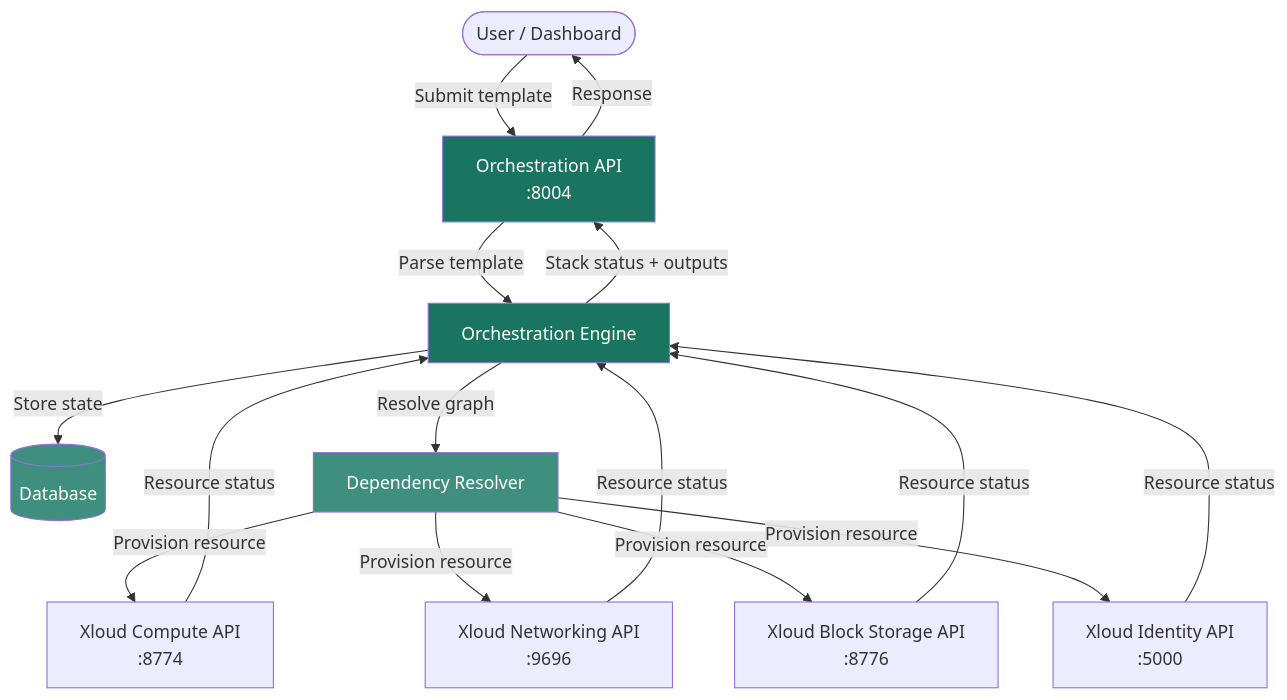
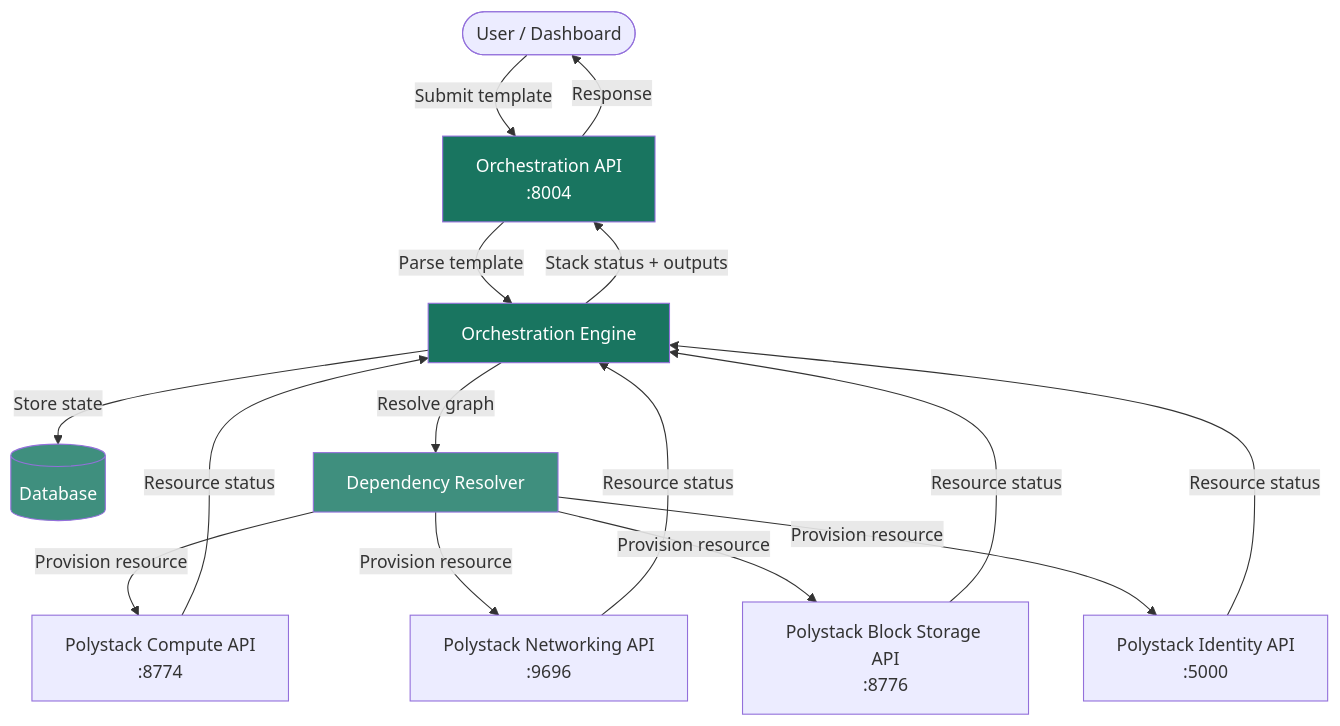
Before and after one commit to ankur-kumar87/docs-polystack: the first of 2 diagrams in services/orchestration/architecture.mdx, drawn with Mermaid. The commit also changed other lines of this file and 425 other files, not shown here.

````diff
--- a/services/orchestration/architecture.mdx
+++ b/services/orchestration/architecture.mdx
@@ -23,18 +23,18 @@
 ```mermaid
 graph TD
     U([User / Dashboard]) -->|Submit template| API[Orchestration API<br/>:8004]
     API -->|Parse template| ENG[Orchestration Engine]
     ENG -->|Store state| DB[(Database)]
     ENG -->|Resolve graph| GRAPH[Dependency Resolver]
-    GRAPH -->|Provision resource| COMPUTE[Xloud Compute API<br/>:8774]
-    GRAPH -->|Provision resource| NET[Xloud Networking API<br/>:9696]
-    GRAPH -->|Provision resource| STORE[Xloud Block Storage API<br/>:8776]
-    GRAPH -->|Provision resource| ID[Xloud Identity API<br/>:5000]
+    GRAPH -->|Provision resource| COMPUTE[Polystack Compute API<br/>:8774]
+    GRAPH -->|Provision resource| NET[Polystack Networking API<br/>:9696]
+    GRAPH -->|Provision resource| STORE[Polystack Block Storage API<br/>:8776]
+    GRAPH -->|Provision resource| ID[Polystack Identity API<br/>:5000]
     COMPUTE & NET & STORE & ID -->|Resource status| ENG
     ENG -->|Stack status + outputs| API
     API -->|Response| U
     style API fill:#197560,color:#fff
     style ENG fill:#197560,color:#fff
     style GRAPH fill:#3F8F7E,color:#fff
     style DB fill:#3F8F7E,color:#fff
 ```
````
